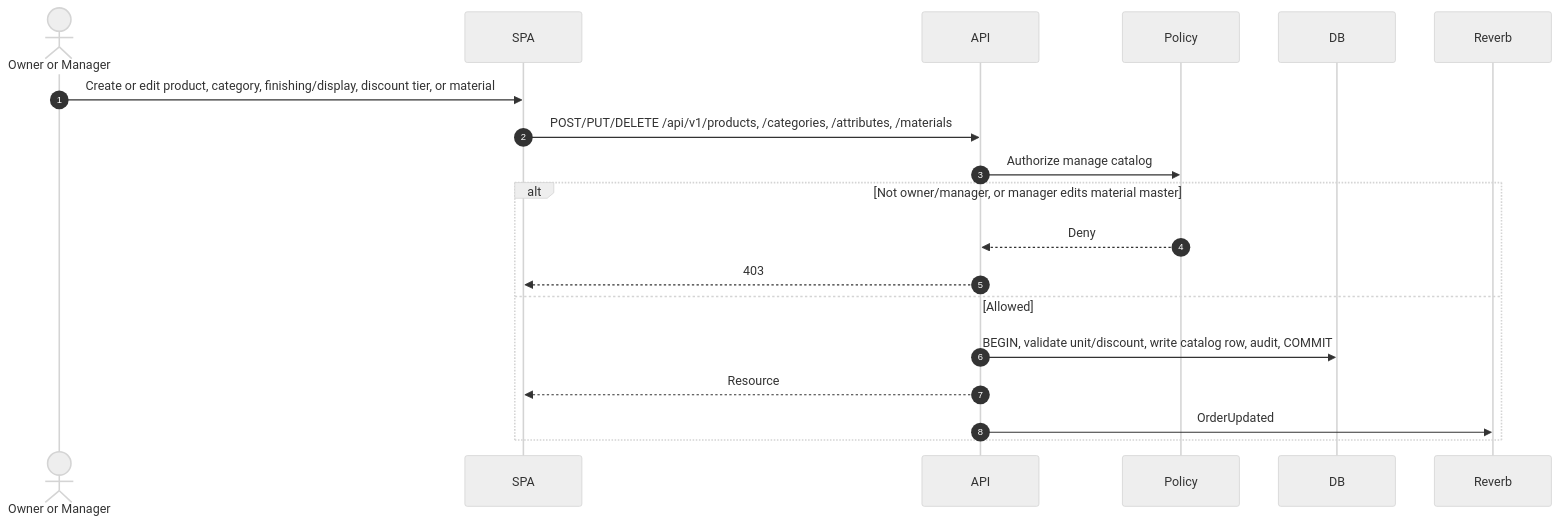
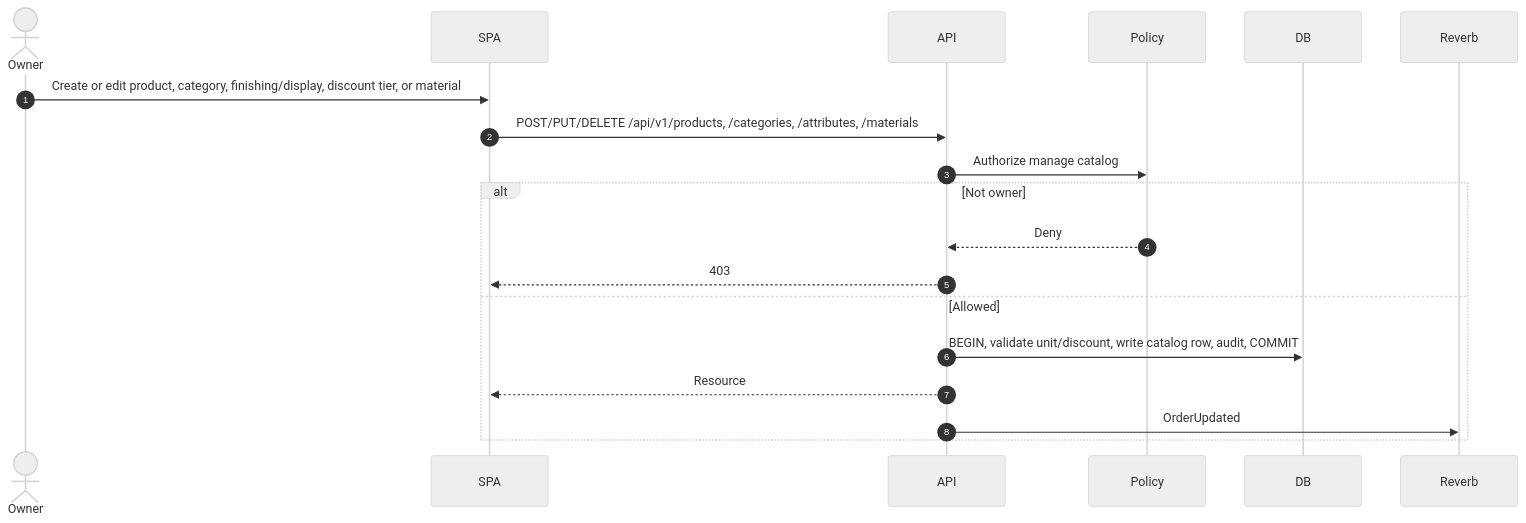
The fourth of 21 diagrams in docs/architecture/sequence-diagrams.md (Arukast/pos_alja), drawn with Mermaid (neutral theme) before and after one commit. The commit also changed other lines of this file and 13 other files, not shown here.

````diff
--- a/docs/architecture/sequence-diagrams.md
+++ b/docs/architecture/sequence-diagrams.md
@@ -85,22 +85,22 @@
 ```mermaid
 sequenceDiagram
     autonumber
-    actor A as Owner or Manager
+    actor A as Owner
     participant SPA
     participant API
     participant Policy
     participant DB
     participant R as Reverb
 
     A->>SPA: Create or edit product, category, finishing/display, discount tier, or material
     SPA->>API: POST/PUT/DELETE /api/v1/products, /categories, /attributes, /materials
     API->>Policy: Authorize manage catalog
-    alt Not owner/manager, or manager edits material master
+    alt Not owner
         Policy-->>API: Deny
         API-->>SPA: 403
     else Allowed
         API->>DB: BEGIN, validate unit/discount, write catalog row, audit, COMMIT
         API-->>SPA: Resource
         API->>R: OrderUpdated
     end
 ```
````
